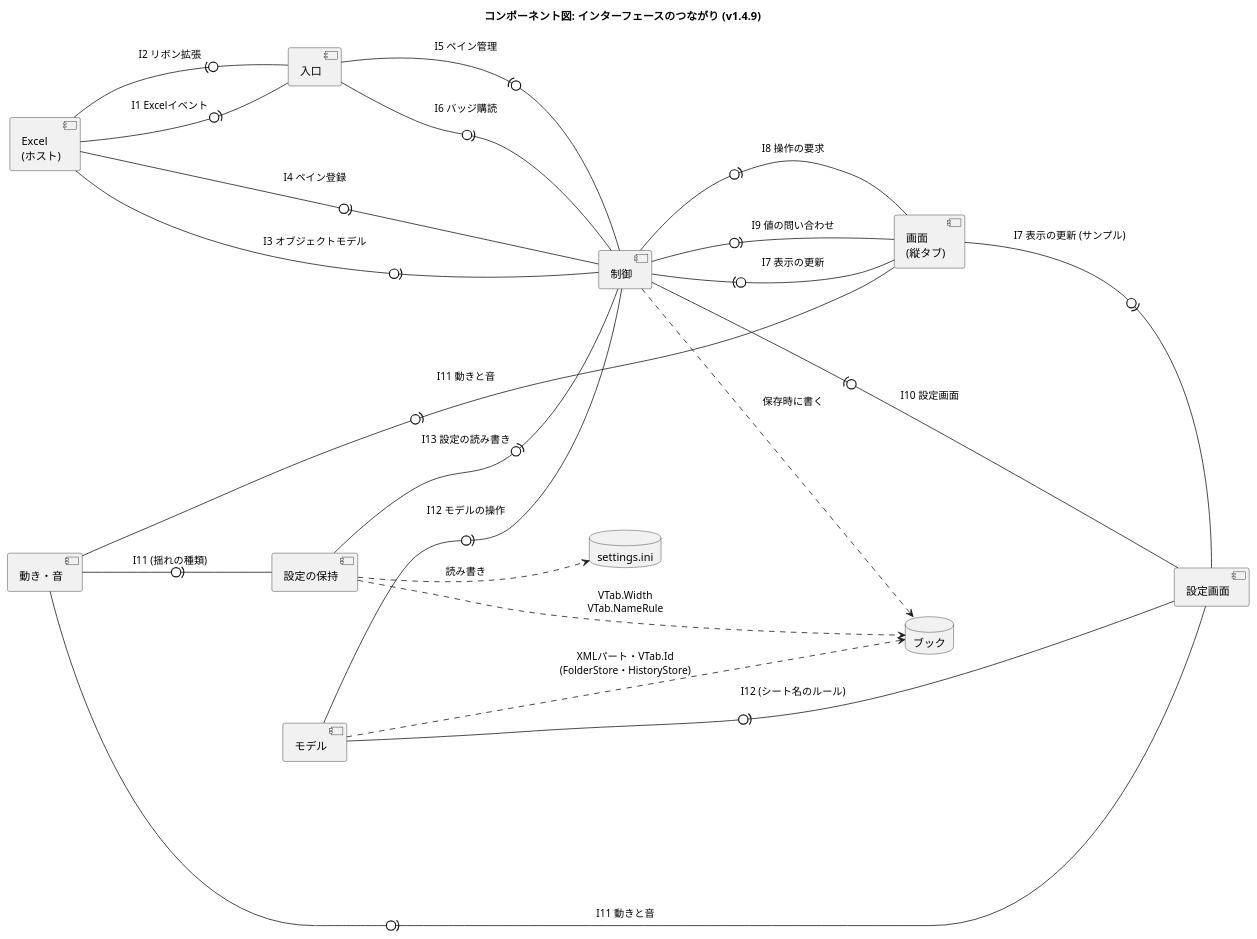
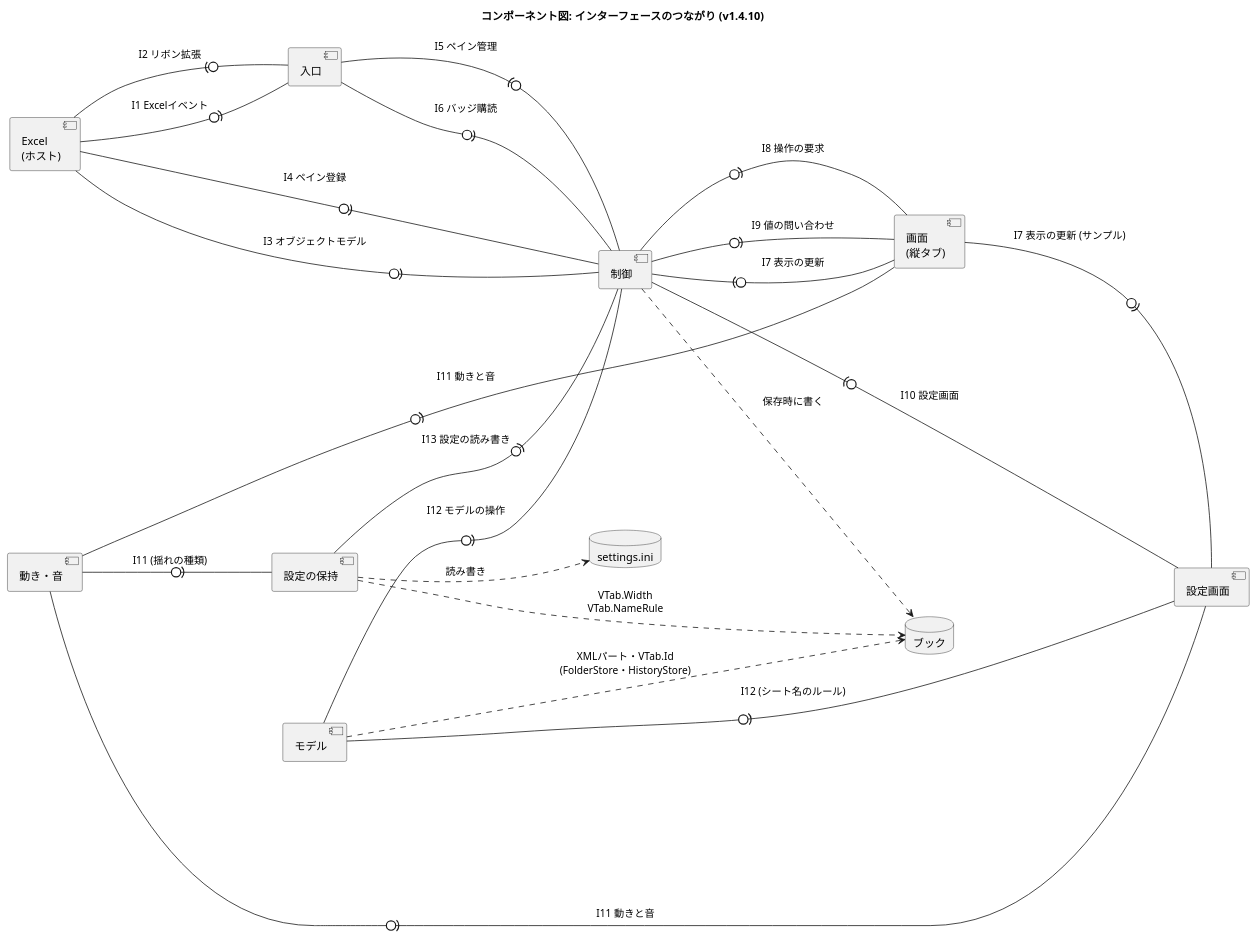
One commit to nk-taka623/VerticalSheetTabs changed the diagram in docs/component-interface.puml. Above: the diagram before and after it, drawn with PlantUML. The commit also changed 14 other files, not shown here.

Commit message:
v1.4.10 にする (バージョン、README の変更点、Agents.md、図)

```diff
--- a/docs/component-interface.puml
+++ b/docs/component-interface.puml
@@ -1,43 +1,43 @@
 @startuml
-title コンポーネント図: インターフェースのつながり (v1.4.9)
+title コンポーネント図: インターフェースのつながり (v1.4.10)
 left to right direction
 skinparam componentStyle uml2
 skinparam shadowing false
 skinparam nodesep 50
 skinparam ranksep 110
 
 component "Excel\n(ホスト)" as HOST
 component "入口" as ENTRY
 component "制御" as CTRL
 component "画面\n(縦タブ)" as VIEW
 component "設定画面" as SETTINGS
 component "動き・音" as FX
 component "モデル" as MODEL
 component "設定の保持" as CONFIG
 database "ブック" as BOOK
 database "settings.ini" as INI
 
 ' 「提供側 -0)- 利用側」: 丸が提供するインターフェース、受け口が利用 (I1 から I13 は、DEVELOPMENT.md の表)
 HOST -0)- ENTRY : I1 Excelイベント
 ENTRY -0)- HOST : I2 リボン拡張
 HOST -0)- CTRL : I3 オブジェクトモデル
 HOST -0)- CTRL : I4 ペイン登録
 CTRL -0)- ENTRY : I5 ペイン管理
 ENTRY -0)- CTRL : I6 バッジ購読
 VIEW -0)- CTRL : I7 表示の更新
 CTRL -0)- VIEW : I8 操作の要求
 CTRL -0)- VIEW : I9 値の問い合わせ
 SETTINGS -0)- CTRL : I10 設定画面
 VIEW -0)- SETTINGS : I7 表示の更新 (サンプル)
 FX -0)- VIEW : I11 動きと音
 FX -0)- SETTINGS : I11 動きと音
 FX -0)- CONFIG : I11 (揺れの種類)
 MODEL -0)- CTRL : I12 モデルの操作
 MODEL -0)- SETTINGS : I12 (シート名のルール)
 CONFIG -0)- CTRL : I13 設定の読み書き
 
 CTRL ..> BOOK : 保存時に書く
 MODEL ..> BOOK : XMLパート・VTab.Id\n(FolderStore・HistoryStore)
 CONFIG ..> BOOK : VTab.Width\nVTab.NameRule
 CONFIG ..> INI : 読み書き
 @enduml
```
